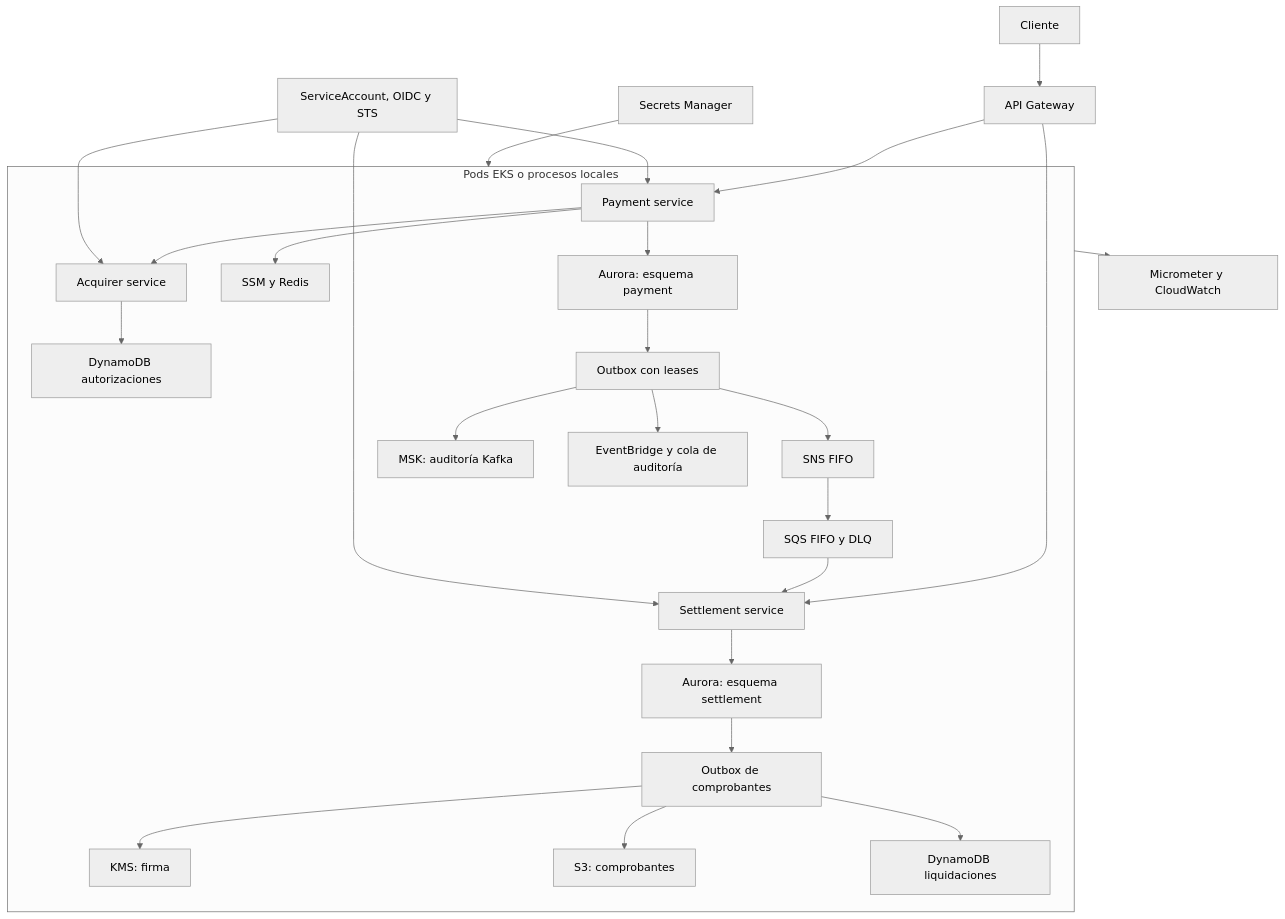
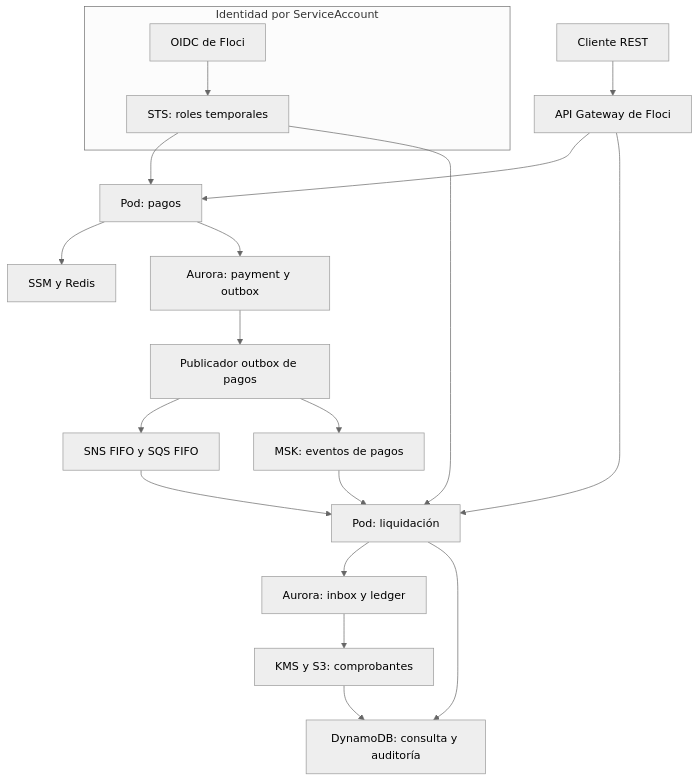
The diagram in README.md (edgarrth/java-floci-aws-local), drawn with Mermaid (neutral theme) before and after one commit. The commit also changed other lines of this file and 79 other files, not shown here.

````diff
--- a/README.md
+++ b/README.md
@@ -64,28 +35,22 @@
 ```mermaid
 flowchart TD
-    Client["Cliente"] --> Gateway["API Gateway"]
-    Gateway --> Payment["Payment service"]
-    Gateway --> Settlement["Settlement service"]
-    subgraph Runtime["Pods EKS o procesos locales"]
-        Payment --> Acquirer["Acquirer service"]
-        Payment --> Policy["SSM y Redis"]
-        Acquirer --> Auth["DynamoDB autorizaciones"]
-        Payment --> PgPay["Aurora: esquema payment"]
-        PgPay --> Outbox["Outbox con leases"]
-        Outbox --> SNS["SNS FIFO"]
-        SNS --> SQS["SQS FIFO y DLQ"]
-        SQS --> Settlement
-        Settlement --> PgLedger["Aurora: esquema settlement"]
-        PgLedger --> Receipt["Outbox de comprobantes"]
-        Receipt --> KMS["KMS: firma"]
-        Receipt --> S3["S3: comprobantes"]
-        Receipt --> Projection["DynamoDB liquidaciones"]
-        Outbox --> MSK["MSK: auditoría Kafka"]
-        Outbox --> Events["EventBridge y cola de auditoría"]
-    end
-    Roles["ServiceAccount, OIDC y STS"] --> Payment
-    Roles --> Settlement
-    Roles --> Acquirer
-    Secrets["Secrets Manager"] --> Runtime
-    Runtime --> Metrics["Micrometer y CloudWatch"]
+  Client["Cliente REST"] --> Gateway["API Gateway de Floci"]
+  Gateway --> Payment["Pod: pagos"]
+  Gateway --> Settlement["Pod: liquidación"]
+  subgraph Identity["Identidad por ServiceAccount"]
+    OIDC["OIDC de Floci"] --> STS["STS: roles temporales"]
+  end
+  STS --> Payment
+  STS --> Settlement
+  Payment --> Policy["SSM y Redis"]
+  Payment --> PaymentDB["Aurora: payment y outbox"]
+  PaymentDB --> Publisher["Publicador outbox de pagos"]
+  Publisher --> Queue["SNS FIFO y SQS FIFO"]
+  Publisher --> Stream["MSK: eventos de pagos"]
+  Queue --> Settlement
+  Stream --> Settlement
+  Settlement --> Ledger["Aurora: inbox y ledger"]
+  Ledger --> Receipt["KMS y S3: comprobantes"]
+  Settlement --> Projection["DynamoDB: consulta y auditoría"]
+  Receipt --> Projection
 ```
````
